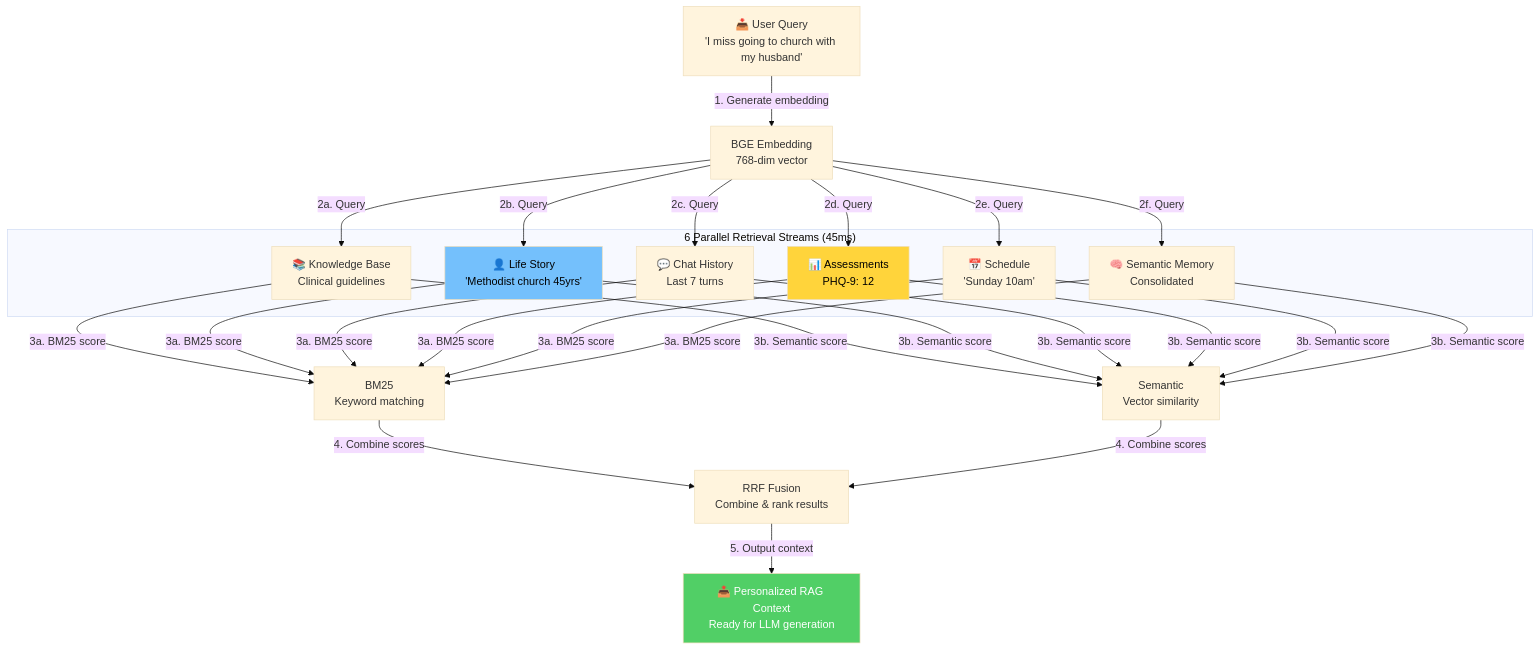
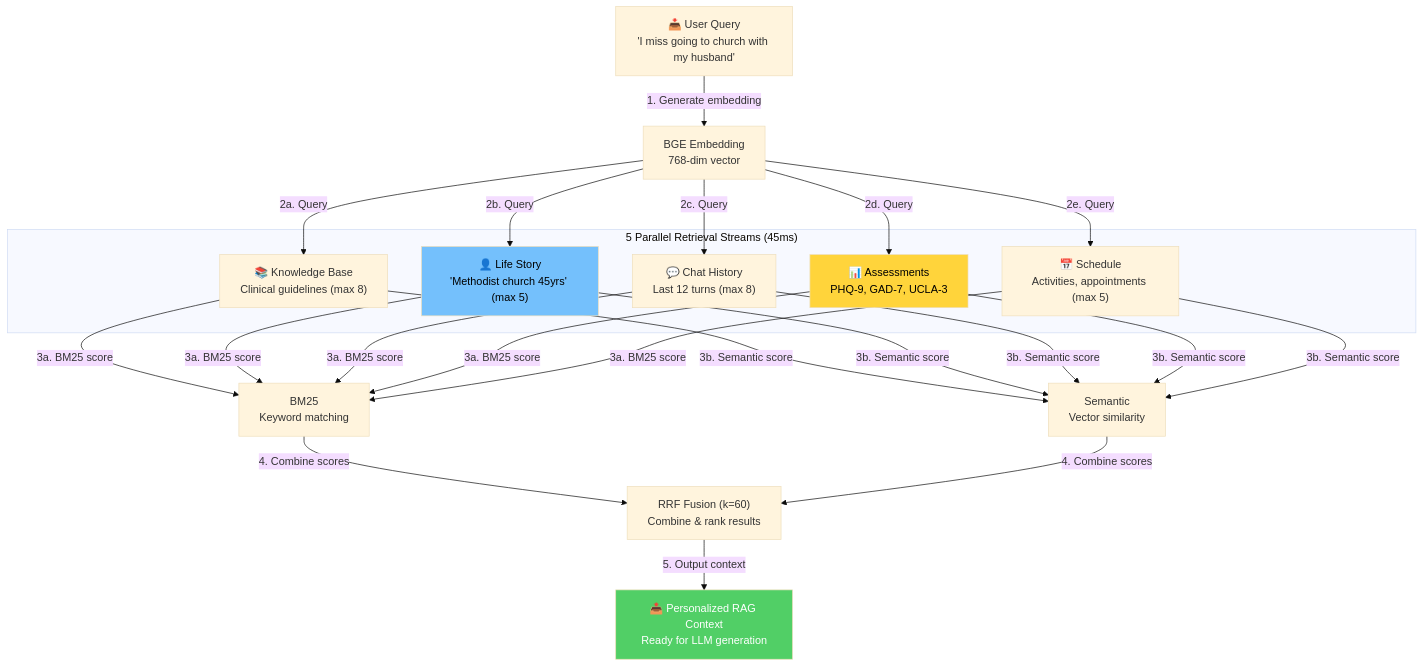
One commit to asq-sheriff/SHOWCASE_REPO-Therapeutic_AI_Companion changed the fifth of 8 diagrams in docs/PROCESS_FLOW.md. Above: the diagram before and after it, drawn with Mermaid (base theme). The commit also changed other lines of this file and 7 other files, not shown here.

First line of the commit message:
docs: Sync all documentation with current state and accelerated roadmap

````diff
--- a/docs/PROCESS_FLOW.md
+++ b/docs/PROCESS_FLOW.md
@@ -253,49 +253,45 @@
 ```mermaid
 flowchart TD
     A["📥 User Query<br/>'I miss going to church with my husband'"]
 
     B["BGE Embedding<br/>768-dim vector"]
 
-    subgraph Parallel["6 Parallel Retrieval Streams (45ms)"]
-        C1["📚 Knowledge Base<br/>Clinical guidelines"]
-        C2["👤 Life Story<br/>'Methodist church 45yrs'"]
-        C3["💬 Chat History<br/>Last 7 turns"]
-        C4["📊 Assessments<br/>PHQ-9: 12"]
-        C5["📅 Schedule<br/>'Sunday 10am'"]
-        C6["🧠 Semantic Memory<br/>Consolidated"]
+    subgraph Parallel["5 Parallel Retrieval Streams (45ms)"]
+        C1["📚 Knowledge Base<br/>Clinical guidelines (max 8)"]
+        C2["👤 Life Story<br/>'Methodist church 45yrs' (max 5)"]
+        C3["💬 Chat History<br/>Last 12 turns (max 8)"]
+        C4["📊 Assessments<br/>PHQ-9, GAD-7, UCLA-3"]
+        C5["📅 Schedule<br/>Activities, appointments (max 5)"]
     end
 
     D1["BM25<br/>Keyword matching"]
     D2["Semantic<br/>Vector similarity"]
 
-    E["RRF Fusion<br/>Combine & rank results"]
+    E["RRF Fusion (k=60)<br/>Combine & rank results"]
 
     F["📤 Personalized RAG Context<br/>Ready for LLM generation"]
 
     A -->|"1. Generate embedding"| B
     B -->|"2a. Query"| C1
     B -->|"2b. Query"| C2
     B -->|"2c. Query"| C3
     B -->|"2d. Query"| C4
     B -->|"2e. Query"| C5
-    B -->|"2f. Query"| C6
     C1 -->|"3a. BM25 score"| D1
     C2 -->|"3a. BM25 score"| D1
     C3 -->|"3a. BM25 score"| D1
     C4 -->|"3a. BM25 score"| D1
     C5 -->|"3a. BM25 score"| D1
-    C6 -->|"3a. BM25 score"| D1
     C1 -->|"3b. Semantic score"| D2
     C2 -->|"3b. Semantic score"| D2
     C3 -->|"3b. Semantic score"| D2
     C4 -->|"3b. Semantic score"| D2
     C5 -->|"3b. Semantic score"| D2
-    C6 -->|"3b. Semantic score"| D2
     D1 -->|"4. Combine scores"| E
     D2 -->|"4. Combine scores"| E
     E -->|"5. Output context"| F
 
     style C2 fill:#74c0fc,color:#000
     style C4 fill:#ffd43b,color:#000
     style F fill:#51cf66,color:#fff
 ```
````
